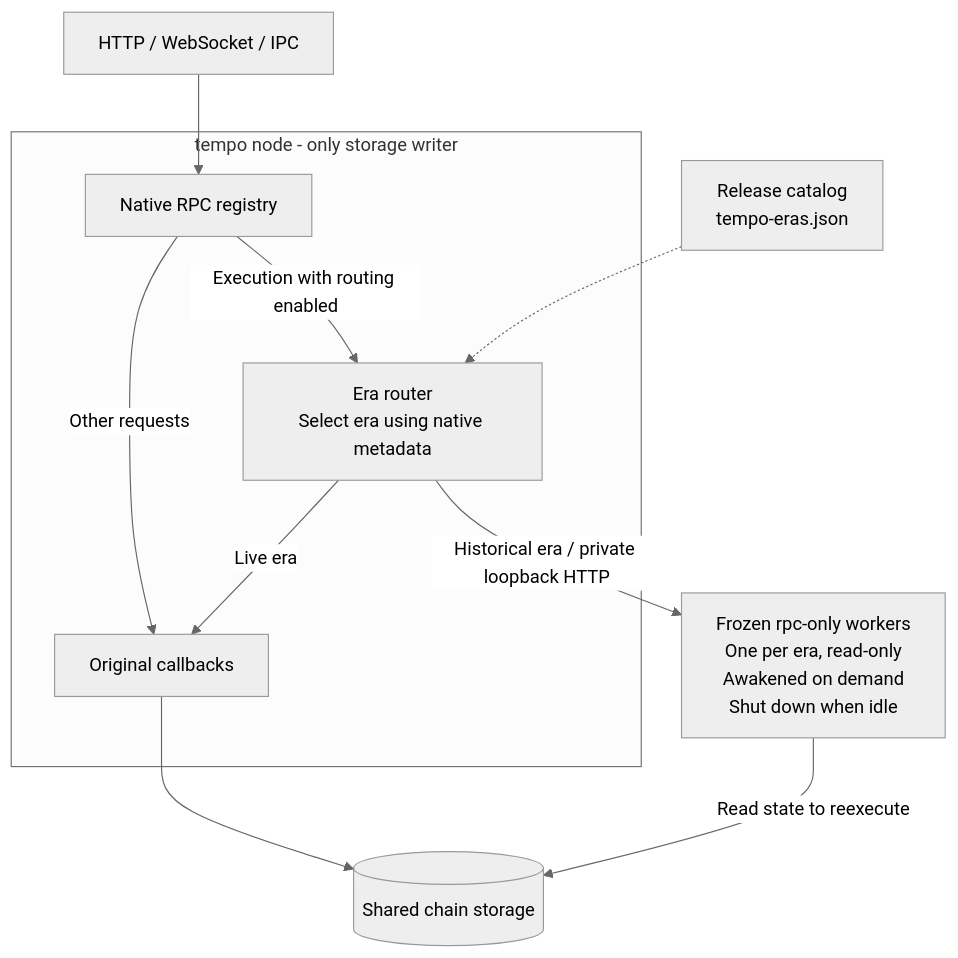
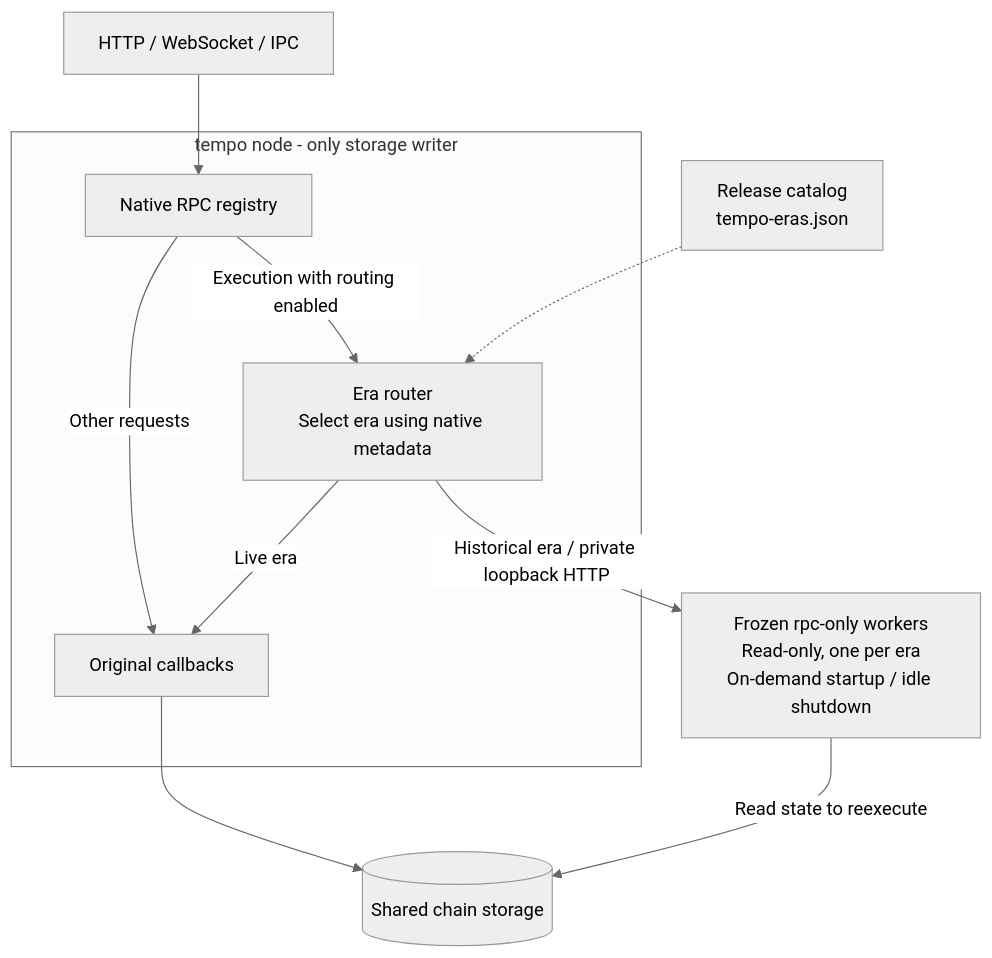
One commit to tempoxyz/tempo changed the diagram in bin/tempo-metabinary/README.md. Above: the diagram before and after it, drawn with Mermaid (neutral theme).

Commit message:
docs(metabinary): use standard worker lifecycle terms

````diff
--- a/bin/tempo-metabinary/README.md
+++ b/bin/tempo-metabinary/README.md
@@ -8,13 +8,13 @@
 ```mermaid
 flowchart TB
     RPC["HTTP / WebSocket / IPC"] --> Registry
     Catalog["Release catalog<br/>tempo-eras.json"] -.-> Router
     subgraph Node["tempo node - only storage writer"]
         Registry["Native RPC registry"] -->|"Other requests"| Native["Original callbacks"]
         Registry -->|"Execution with routing enabled"| Router["Era router<br/>Select era using native metadata"]
         Router -->|"Live era"| Native
     end
-    Router -->|"Historical era / private loopback HTTP"| Frozen["Frozen rpc-only workers<br/>One per era, read-only<br/>Awakened on demand<br/>Shut down when idle"]
+    Router -->|"Historical era / private loopback HTTP"| Frozen["Frozen rpc-only workers<br/>Read-only, one per era<br/>On-demand startup / idle shutdown"]
     Native --> DB[("Shared chain storage")]
     Frozen -->|"Read state to reexecute"| DB
 ```
````
